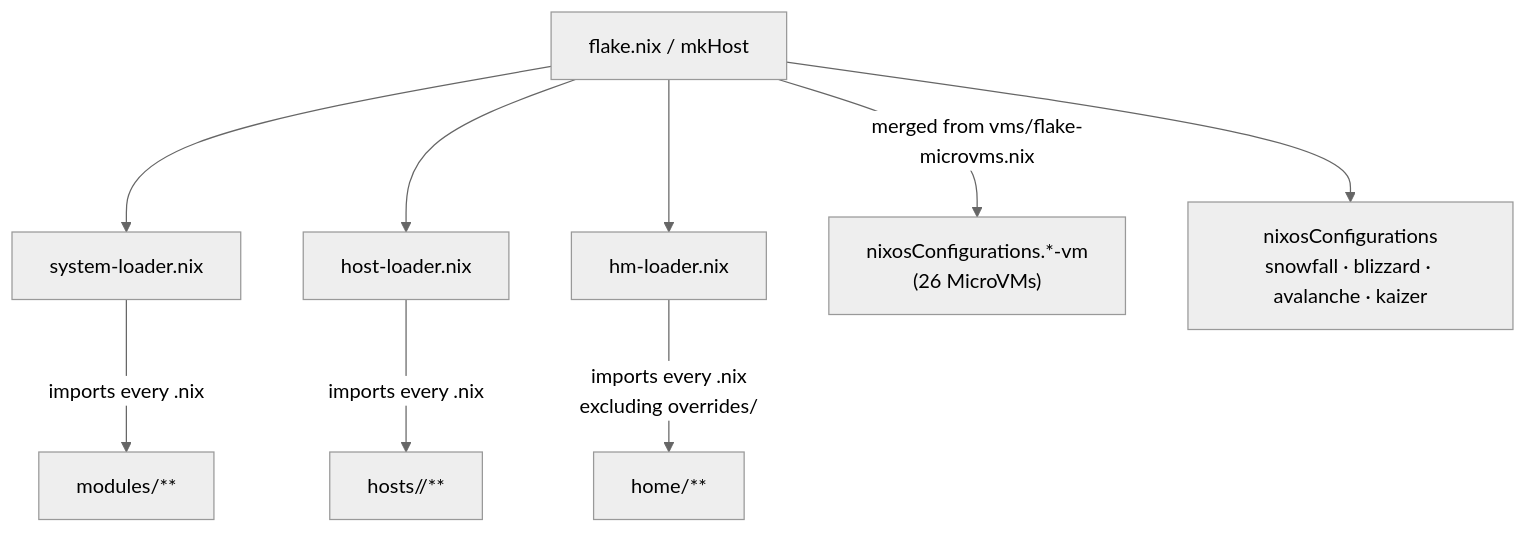
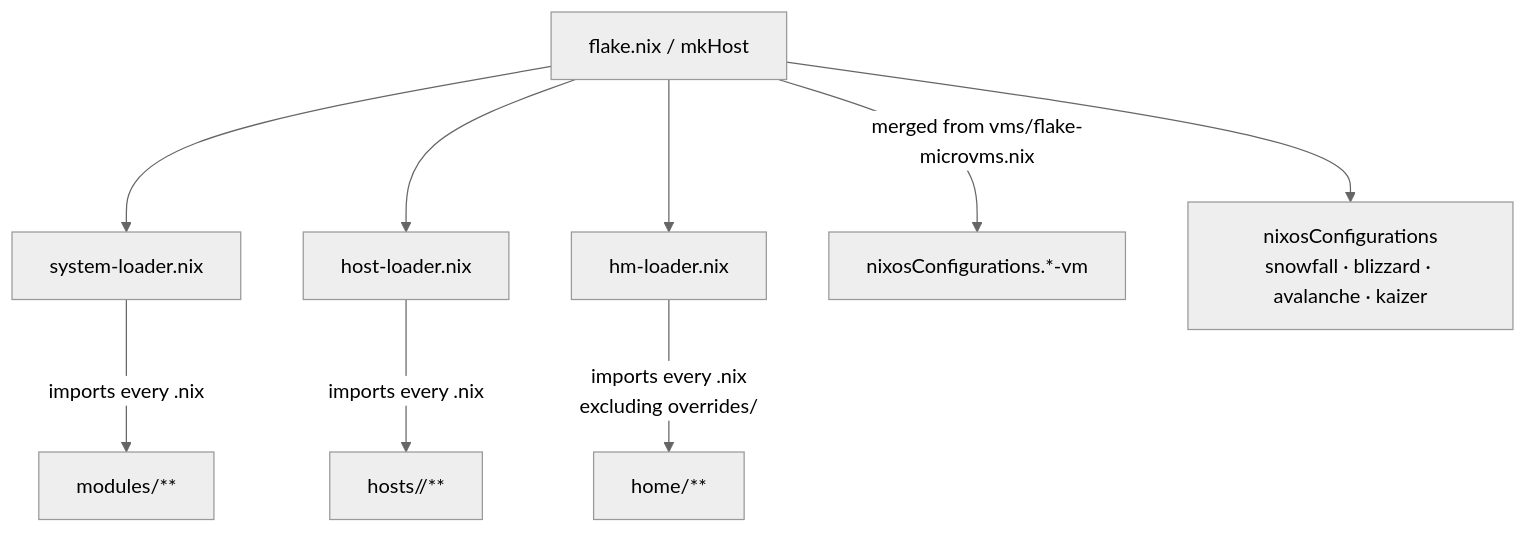
One commit to telometto/nix-config changed the first of 10 diagrams in docs/Project_Architecture_Blueprint.md. Above: the diagram before and after it, drawn with Mermaid (neutral theme). The commit also changed other lines of this file and 4 other files, not shown here.

First line of the commit message:
docs: consolidate architecture inventory references

````diff
--- a/docs/Project_Architecture_Blueprint.md
+++ b/docs/Project_Architecture_Blueprint.md
@@ -22,11 +26,11 @@
 ```mermaid
 flowchart TD
     F[flake.nix / mkHost] --> SL[system-loader.nix]
     F --> HL[host-loader.nix]
     F --> HML[hm-loader.nix]
     SL -->|"imports every .nix"| MOD["modules/**"]
     HL -->|"imports every .nix"| HOST["hosts/<hostname>/**"]
     HML -->|"imports every .nix\nexcluding overrides/"| HOME["home/**"]
-    F -->|merged from vms/flake-microvms.nix| VMS["nixosConfigurations.*-vm\n(26 MicroVMs)"]
+    F -->|merged from vms/flake-microvms.nix| VMS["nixosConfigurations.*-vm"]
     F --> HOSTS["nixosConfigurations\nsnowfall · blizzard · avalanche · kaizer"]
 ```
````
